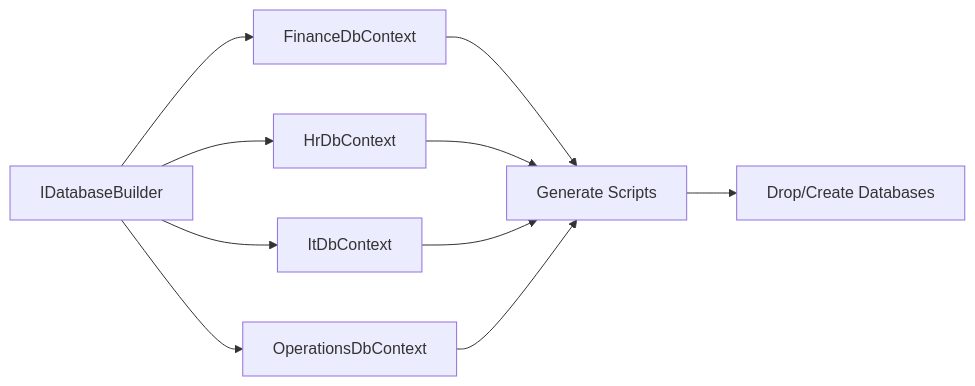
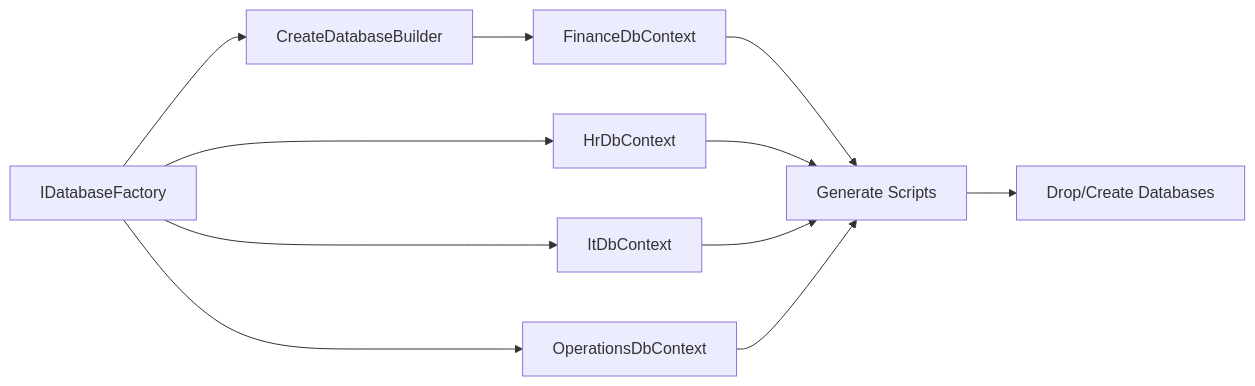
One commit to SolidArcSoftware/DataArc.EntityFrameworkCore changed the fourth of 12 diagrams in README.md. Above: the diagram before and after it, drawn with Mermaid. The commit also changed other lines of this file and 4 other files, not shown here.

````diff
--- a/README.md
+++ b/README.md
@@ -294,14 +311,15 @@
 ```mermaid
 flowchart LR
-    A[IDatabaseBuilder] --> B[FinanceDbContext]
+    A[IDatabaseFactory] --> X[CreateDatabaseBuilder]
+    X --> B[FinanceDbContext]
     A --> C[HrDbContext]
     A --> D[ItDbContext]
     A --> E[OperationsDbContext]
 
     B --> F[Generate Scripts]
     C --> F
     D --> F
     E --> F
 
     F --> G[Drop/Create Databases]
 ```
````
